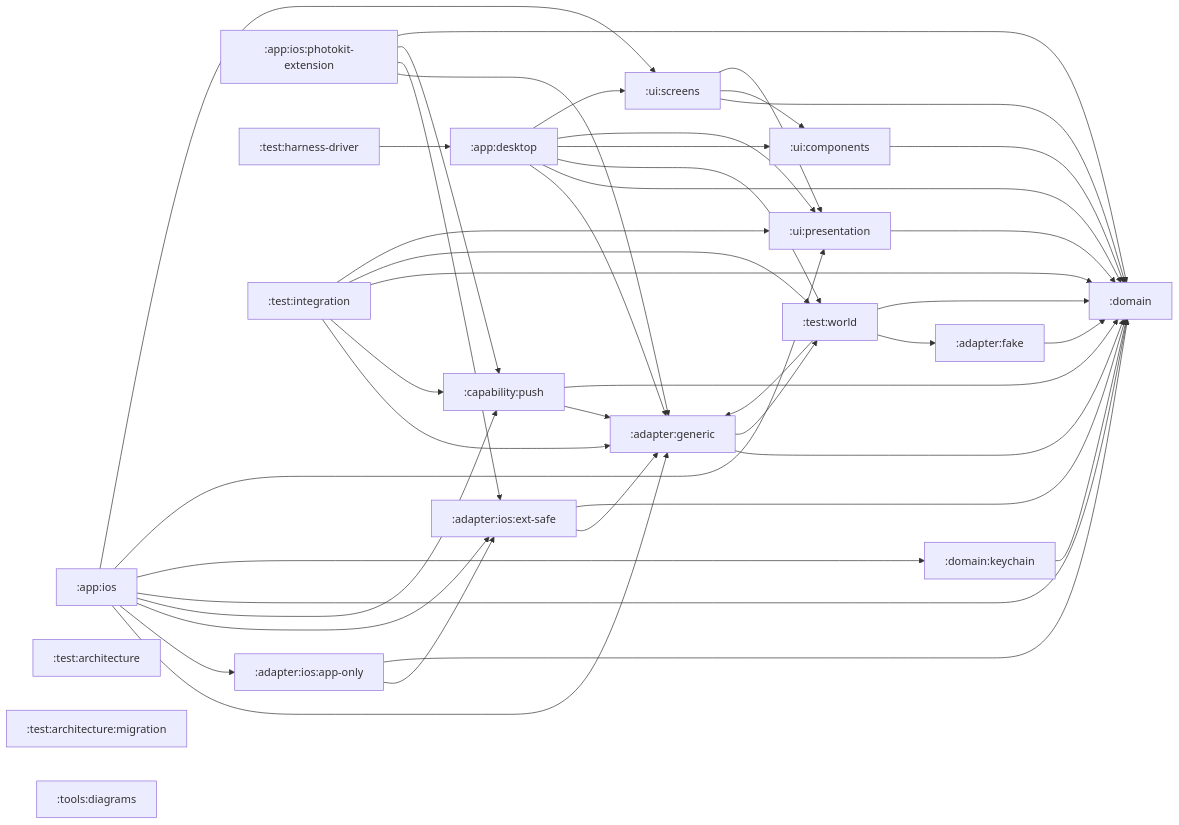
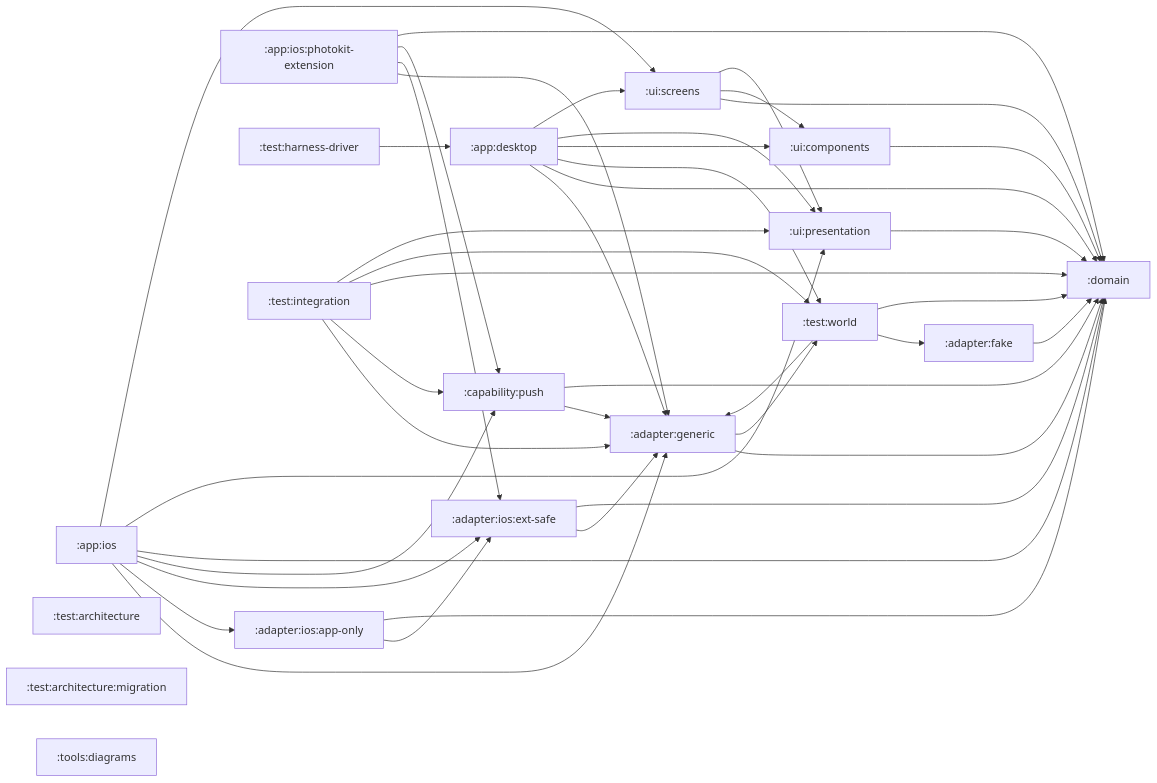
One commit to stefanhoelzl/SnapSync changed the diagram in architecture/modules.md. Above: the diagram before and after it, drawn with Mermaid. The commit also changed 65 other files, not shown here.

````diff
--- a/architecture/modules.md
+++ b/architecture/modules.md
@@ -7,64 +7,61 @@
 ```mermaid
 flowchart LR
   adapter_fake[":adapter:fake"]
   adapter_generic[":adapter:generic"]
   adapter_ios_app_only[":adapter:ios:app-only"]
   adapter_ios_ext_safe[":adapter:ios:ext-safe"]
   app_desktop[":app:desktop"]
   app_ios[":app:ios"]
   app_ios_photokit_extension[":app:ios:photokit-extension"]
   capability_push[":capability:push"]
   domain[":domain"]
-  domain_keychain[":domain:keychain"]
   test_architecture[":test:architecture"]
   test_architecture_migration[":test:architecture:migration"]
   test_harness_driver[":test:harness-driver"]
   test_integration[":test:integration"]
   test_world[":test:world"]
   tools_diagrams[":tools:diagrams"]
   ui_components[":ui:components"]
   ui_presentation[":ui:presentation"]
   ui_screens[":ui:screens"]
   adapter_fake --> domain
   adapter_generic --> domain
   adapter_generic --> test_world
   adapter_ios_app_only --> adapter_ios_ext_safe
   adapter_ios_app_only --> domain
   adapter_ios_ext_safe --> adapter_generic
   adapter_ios_ext_safe --> domain
   app_desktop --> adapter_generic
   app_desktop --> domain
   app_desktop --> test_world
   app_desktop --> ui_components
   app_desktop --> ui_presentation
   app_desktop --> ui_screens
   app_ios --> adapter_generic
   app_ios --> adapter_ios_app_only
   app_ios --> adapter_ios_ext_safe
   app_ios --> capability_push
   app_ios --> domain
-  app_ios --> domain_keychain
   app_ios --> ui_presentation
   app_ios --> ui_screens
   app_ios_photokit_extension --> adapter_generic
   app_ios_photokit_extension --> adapter_ios_ext_safe
   app_ios_photokit_extension --> capability_push
   app_ios_photokit_extension --> domain
   capability_push --> adapter_generic
   capability_push --> domain
-  domain_keychain --> domain
   test_harness_driver --> app_desktop
   test_integration --> adapter_generic
   test_integration --> capability_push
   test_integration --> domain
   test_integration --> test_world
   test_integration --> ui_presentation
   test_world --> adapter_fake
   test_world --> adapter_generic
   test_world --> domain
   ui_components --> domain
   ui_presentation --> domain
   ui_screens --> domain
   ui_screens --> ui_components
   ui_screens --> ui_presentation
 ```
````
